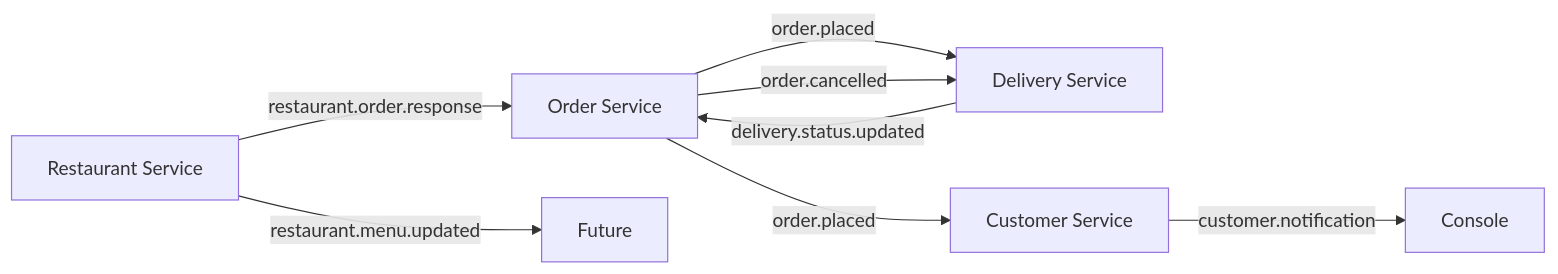
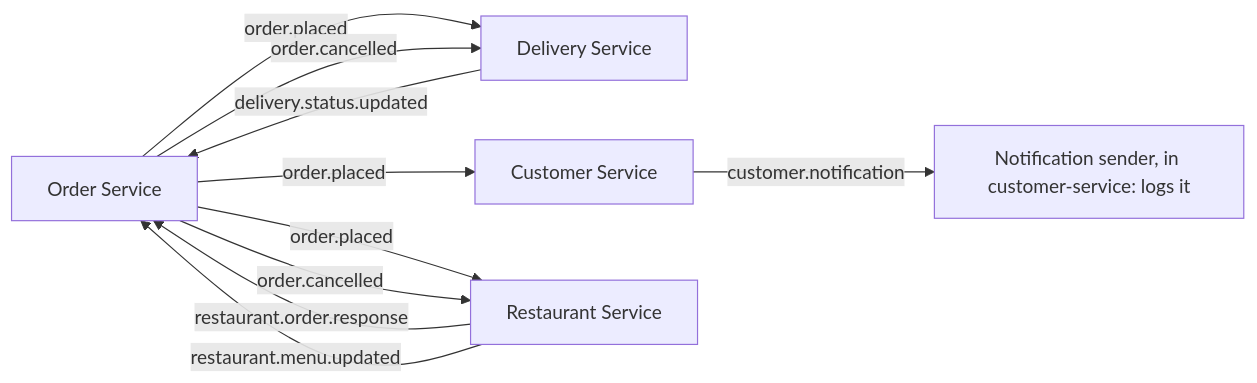
Before and after one commit to afaafhariri/food-delivery-microservices: the diagram in README.md, drawn with Mermaid. The commit also changed other lines of this file and 20 other files, not shown here.

````diff
--- a/README.md
+++ b/README.md
@@ -110,10 +110,12 @@
 ```mermaid
 graph LR
     OS[Order Service] -->|order.placed| DS[Delivery Service]
     OS -->|order.placed| CS[Customer Service]
+    OS -->|order.placed| RS[Restaurant Service]
     OS -->|order.cancelled| DS
-    RS[Restaurant Service] -->|restaurant.order.response| OS
+    OS -->|order.cancelled| RS
+    RS -->|restaurant.order.response| OS
     DS -->|delivery.status.updated| OS
-    RS -->|restaurant.menu.updated| Future
-    CS -->|customer.notification| Console
+    RS -->|restaurant.menu.updated| OS
+    CS -->|customer.notification| NS[Notification sender, in customer-service: logs it]
 ```
````
